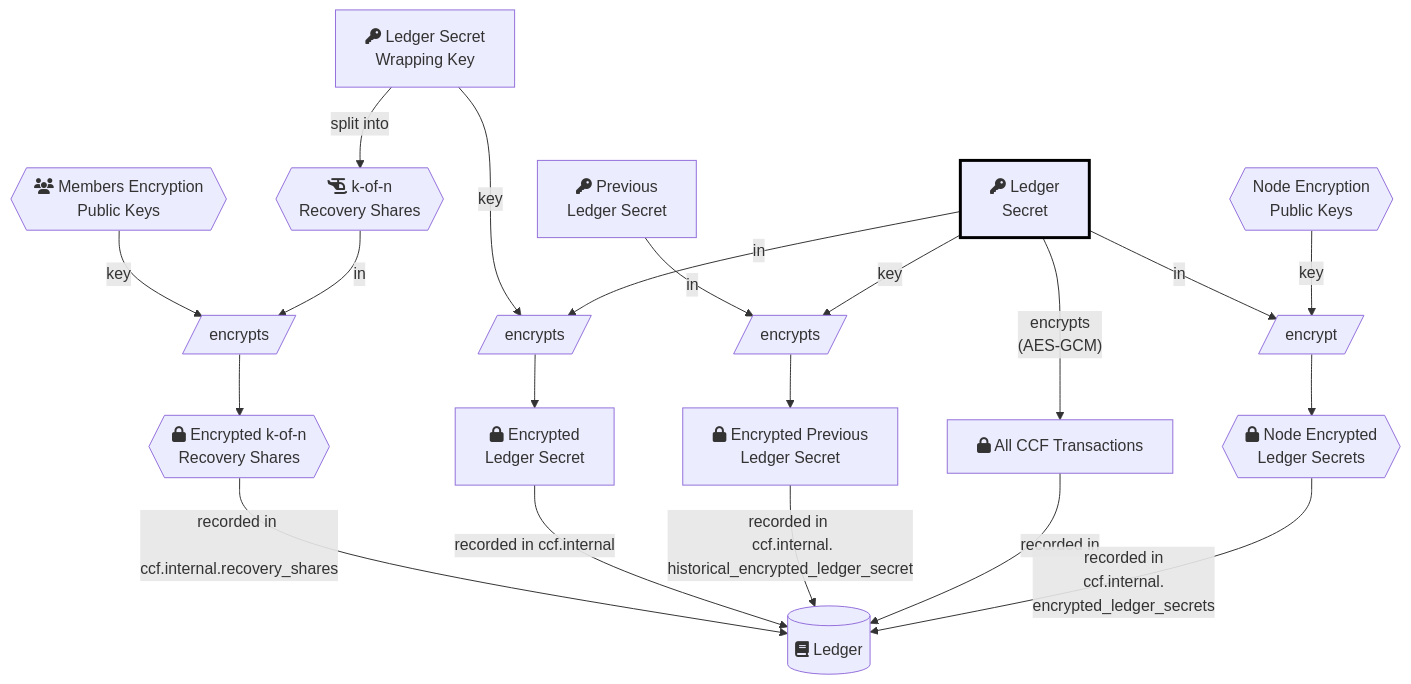
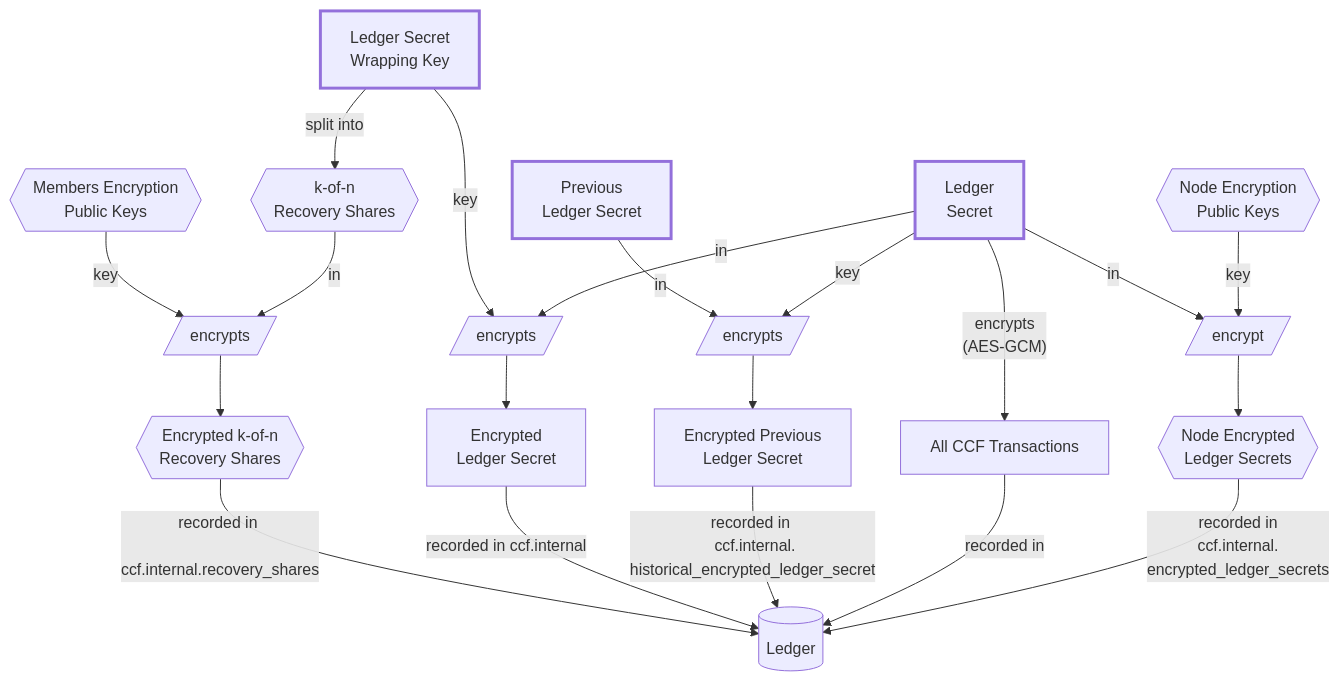
The second of 2 diagrams in doc/architecture/cryptography.rst (microsoft/CCF), drawn with Mermaid before and after one commit. The commit also changed other lines of this file and 17 other files, not shown here.

First line of the commit message:
Migrate Sphinx diagrams to Pele

```diff
--- a/doc/architecture/cryptography.rst
+++ b/doc/architecture/cryptography.rst
@@ -80,24 +82,25 @@
 .. mermaid::
 
     flowchart TB
-        WrappingKey -- split into --> RecoveryShares{{fa:fa-helicopter k-of-n <br> Recovery Shares}}
-        MemberPublicKeys{{fa:fa-users Members Encryption <br> Public Keys}} --key--> F[/encrypts/]
-        RecoveryShares --in--> F[/encrypts/] --> EncryptedRecoveryShares{{fa:fa-lock Encrypted k-of-n <br> Recovery Shares}}
+        classDef EnclaveKey stroke-width:3px
+        WrappingKey -- split into --> RecoveryShares{{k-of-n <br> Recovery Shares}}
+        MemberPublicKeys{{Members Encryption <br> Public Keys}} --key--> F[/encrypts/]
+        RecoveryShares --in--> F[/encrypts/] --> EncryptedRecoveryShares{{Encrypted k-of-n <br> Recovery Shares}}
         EncryptedRecoveryShares -- recorded in <br> ccf.internal.recovery_shares --> Ledger
 
-        WrappingKey[fa:fa-key Ledger Secret <br> Wrapping Key] --key--> N[/encrypts/]
-        LedgerSecret --in--> N[/encrypts/] --> EncryptedLedgerSecret[fa:fa-lock Encrypted <br> Ledger Secret]
-        EncryptedLedgerSecret -- recorded in ccf.internal --> Ledger[(fa:fa-book Ledger)]
+        WrappingKey[Ledger Secret <br> Wrapping Key] --key--> N[/encrypts/]
+        LedgerSecret --in--> N[/encrypts/] --> EncryptedLedgerSecret[Encrypted <br> Ledger Secret]
+        EncryptedLedgerSecret -- recorded in ccf.internal --> Ledger[(Ledger)]
 
-        PreviousLedgerSecret[fa:fa-key Previous <br> Ledger Secret] --in--> H[/encrypts/] --> EncryptedPreviousLedgerSecret[fa:fa-lock Encrypted Previous <br> Ledger Secret]
+        PreviousLedgerSecret[Previous <br> Ledger Secret] --in--> H[/encrypts/] --> EncryptedPreviousLedgerSecret[Encrypted Previous <br> Ledger Secret]
         LedgerSecret --key--> H[/encrypts/]
         EncryptedPreviousLedgerSecret -- recorded in <br> ccf.internal.<br>historical_encrypted_ledger_secret --> Ledger
 
-        LedgerSecret[fa:fa-key Ledger <br> Secret] -- "encrypts <br> (AES-GCM)" --> Transactions[fa:fa-lock All CCF Transactions]
-        style LedgerSecret stroke:black,stroke-width:3px
+        LedgerSecret[Ledger <br> Secret] -- "encrypts <br> (AES-GCM)" --> Transactions[All CCF Transactions]
+        class WrappingKey,LedgerSecret,PreviousLedgerSecret EnclaveKey
         Transactions -- recorded in --> Ledger
 
-        LedgerSecret --in--> K[/encrypts/] --> NodeEncryptedLedgerSecrets{{fa:fa-lock Node Encrypted Ledger Secrets}}
+        LedgerSecret --in--> K[/encrypts/] --> NodeEncryptedLedgerSecrets{{Node Encrypted Ledger Secrets}}
         NodeEncryptionPublicKeys{{Node Encryption <br> Public Keys}} --key--> K[/encrypt/]
-        NodeEncryptedLedgerSecrets{{fa:fa-lock Node Encrypted <br> Ledger Secrets}}
+        NodeEncryptedLedgerSecrets{{Node Encrypted <br> Ledger Secrets}}
         NodeEncryptedLedgerSecrets -- recorded in <br> ccf.internal.<br>encrypted_ledger_secrets --> Ledger
```
